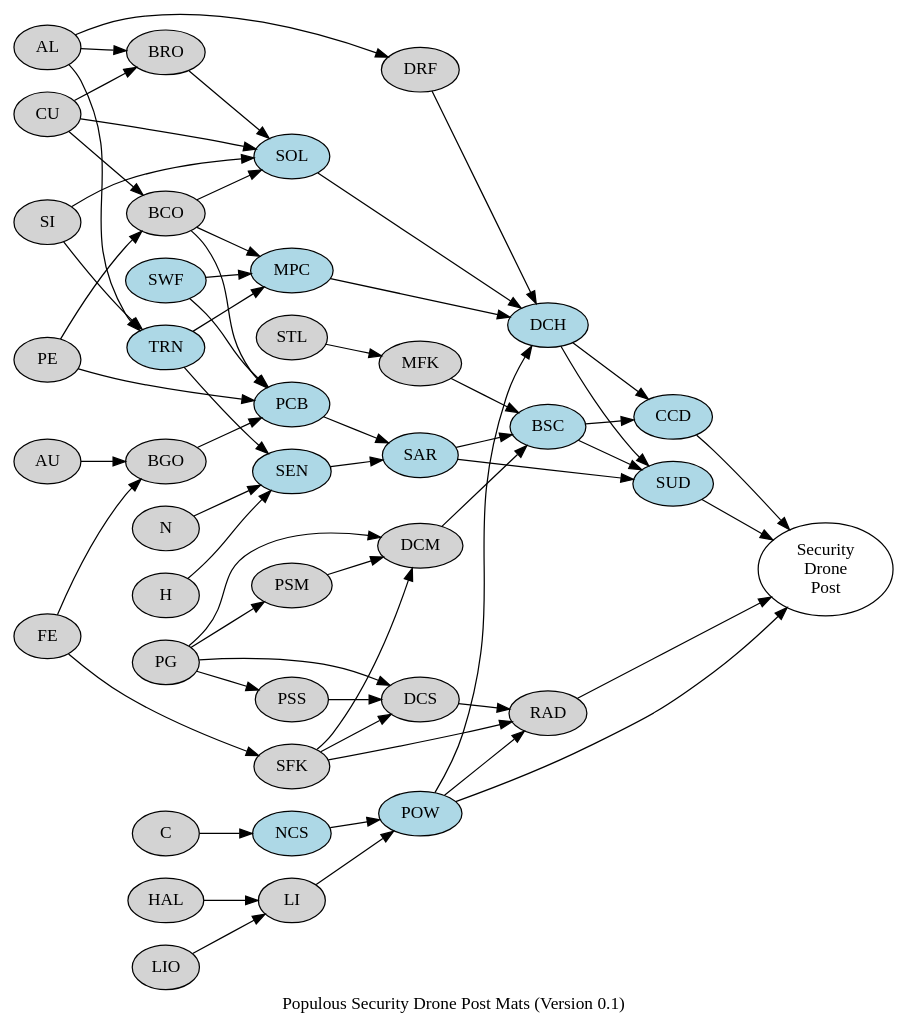
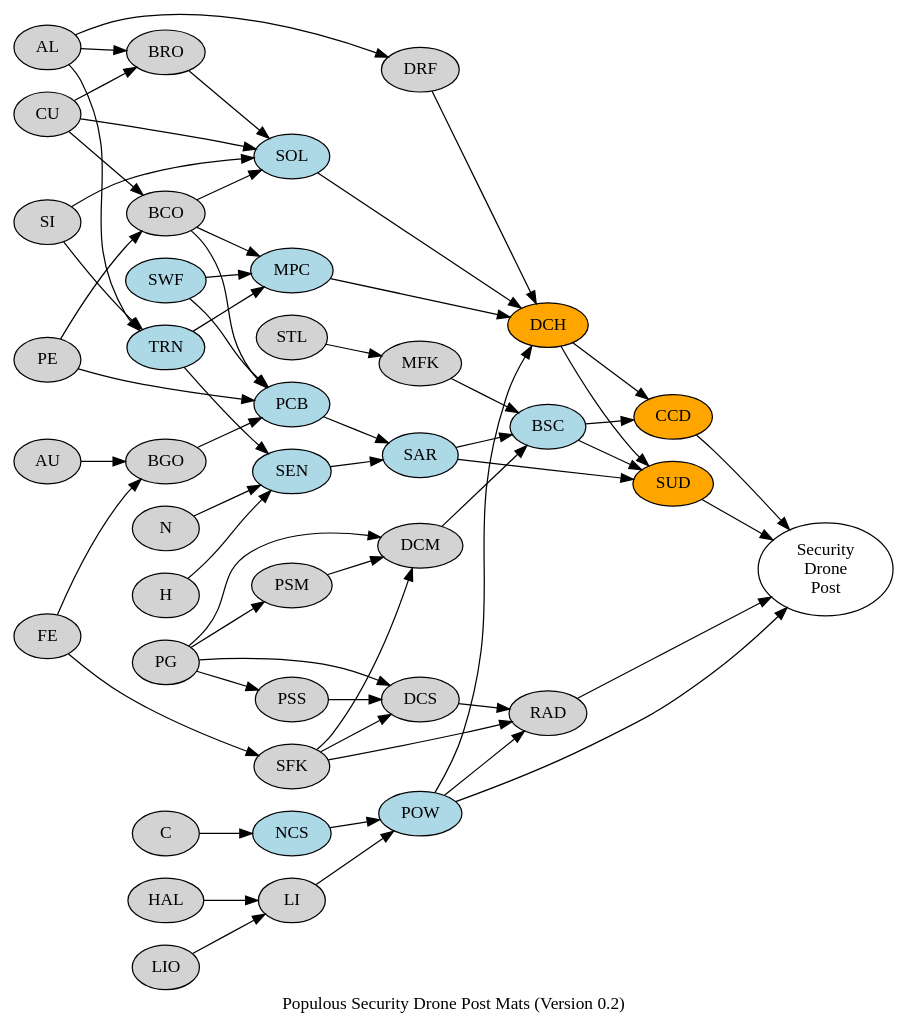
One commit to YarekTyshchenko/prun-graphs changed the diagram in security_drone_post.dot. Above: the diagram before and after it, drawn with Graphviz. The commit also changed 1 other file, not shown here.

Commit message:
Correct Security Drone post using Engineers

```diff
--- a/security_drone_post.dot
+++ b/security_drone_post.dot
@@ -1,67 +1,67 @@
 digraph G {
-	label = "Populous Security Drone Post Mats (Version 0.1)"
+	label = "Populous Security Drone Post Mats (Version 0.2)"
 	rankdir=LR
 	node [style=filled fillcolor=white]
 	
 	{ POW CCD RAD SUD } -> "Security\nDrone\nPost"
 
 	// ECA
 	{ NCS LI } -> POW
 	{ CU SI BCO BRO } -> SOL
 
 	// DRS
 	{ BSC DCH } -> CCD
 
 	// EDM
 	{ DCS SFK POW } -> RAD
 
 	// DRS
 	{ SAR BSC DCH } -> SUD
 	{ MPC POW SOL DRF } -> DCH
 
 	// ELP
 	{ SEN PCB } -> SAR
 
 	// SCA
 	{ TRN H N } -> SEN
 	{ SWF BCO PE BGO } -> PCB
 	{ SWF TRN BCO } -> MPC
 
 	// PHF
 	{ DCM MFK SAR } -> BSC
 
 	// WEL
 	AL -> DRF
 
 	// CLR
 	C -> NCS
 	{ AL SI } -> TRN
 
 	// SME
 	{ LIO HAL } -> LI
 
 	// PPF
 	{ PSM SFK PG } -> DCM
 	{ SFK PG PSS } -> DCS
 	PG -> PSS
 	PG -> PSM
 
 	// FS
 	{ CU PE } -> BCO
 	{ AL CU } -> BRO
 	{ AU FE } -> BGO
 	FE -> SFK
 	STL -> MFK
 	
 	// Pioneers and Settlers
         STL, AU, FE, AL, H, N, PE, SI, CU, BCO, BGO, BRO, C, LIO, HAL, LI, DCM, PG, PSS, MFK, PSM, DCS, RAD, DRF, SFK [fillcolor=lightgray]
 
         // Technicians
-        SEN, PCB, TRN, SWF, NCS, SAR, BSC, CCD, SUD, DCH, POW, SOL, MPC [fillcolor=lightblue]
+        SEN, PCB, TRN, SWF, NCS, SAR, BSC, POW, SOL, MPC [fillcolor=lightblue]
 
         // Scientists
-        //CNN, RNN, FNN, WAI [fillcolor=purple]
+        // [fillcolor=purple]
 
         // Engineers
-        // [fillcolor=orange]
+        CCD, DCH, SUD [fillcolor=orange]
 }
```
